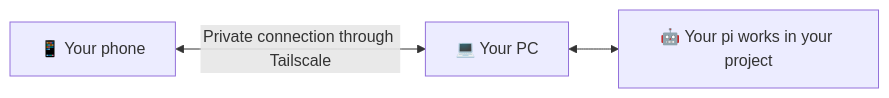
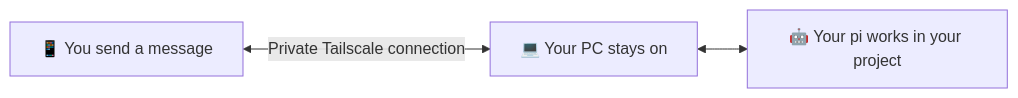
One commit to vermaankit2005/connect-pi changed the diagram in README.md. Above: the diagram before and after it, drawn with Mermaid. The commit also changed other lines of this file and 13 other files, not shown here.

````diff
--- a/README.md
+++ b/README.md
@@ -34,5 +33,5 @@
 ```mermaid
 flowchart LR
-    Phone["📱 Your phone"] <-->|"Private connection through Tailscale"| PC["💻 Your PC"]
+    Phone["📱 You send a message"] <-->|"Private Tailscale connection"| PC["💻 Your PC stays on"]
     PC <--> Pi["🤖 Your pi works in your project"]
 ```
````
